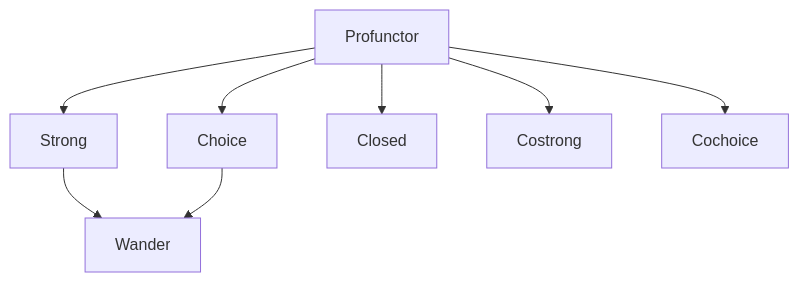
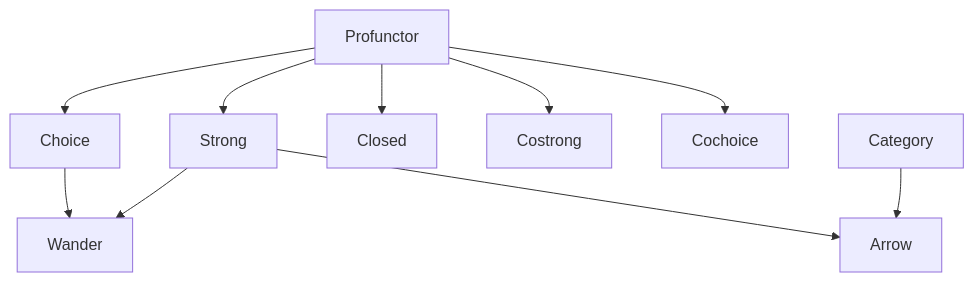
The third of 4 diagrams in fp-library/docs/features.md (nothingnesses/rust-fp-library), drawn with Mermaid before and after one commit. The commit also changed other lines of this file and 322 other files, not shown here.

````diff
--- a/fp-library/docs/features.md
+++ b/fp-library/docs/features.md
@@ -51,8 +109,10 @@
 ```mermaid
 graph TD
     Profunctor --> Strong --> Wander
     Profunctor --> Choice --> Wander
     Profunctor --> Closed
     Profunctor --> Costrong
     Profunctor --> Cochoice
+    Category --> Arrow
+    Strong --> Arrow
 ```
````
